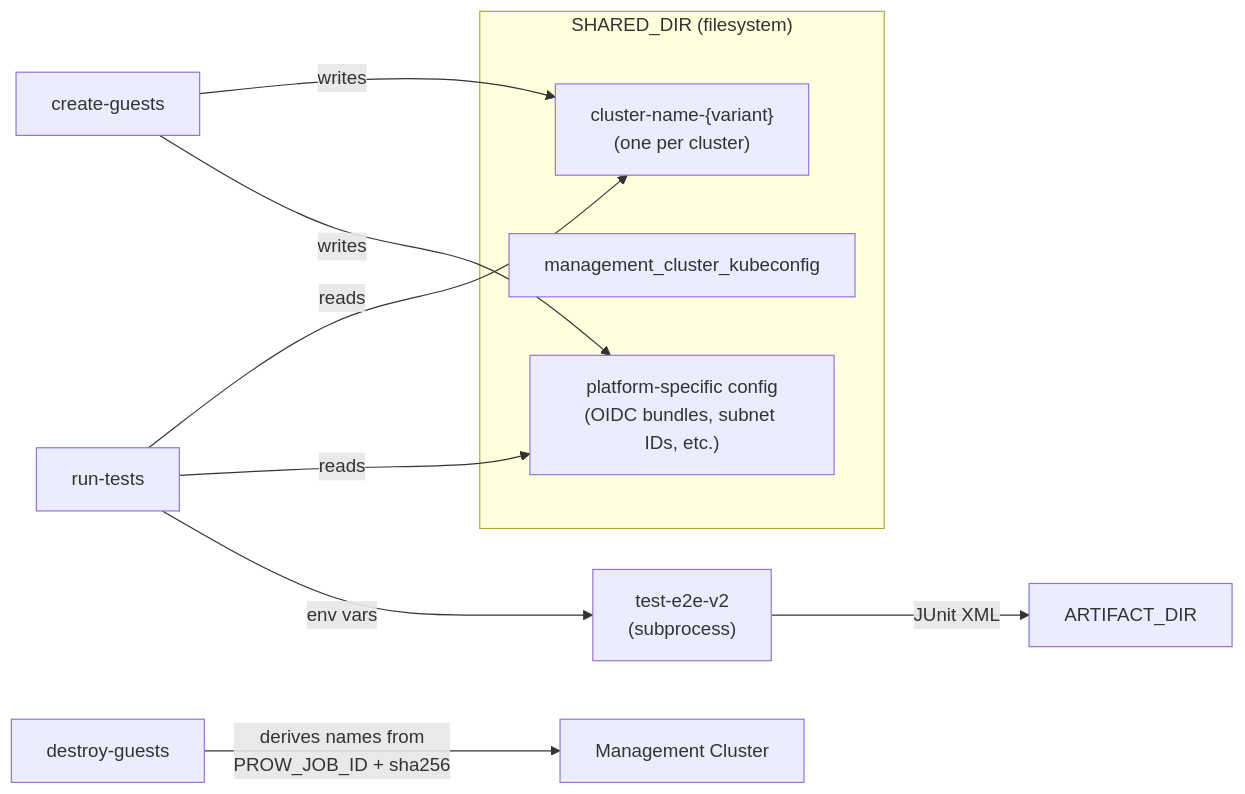
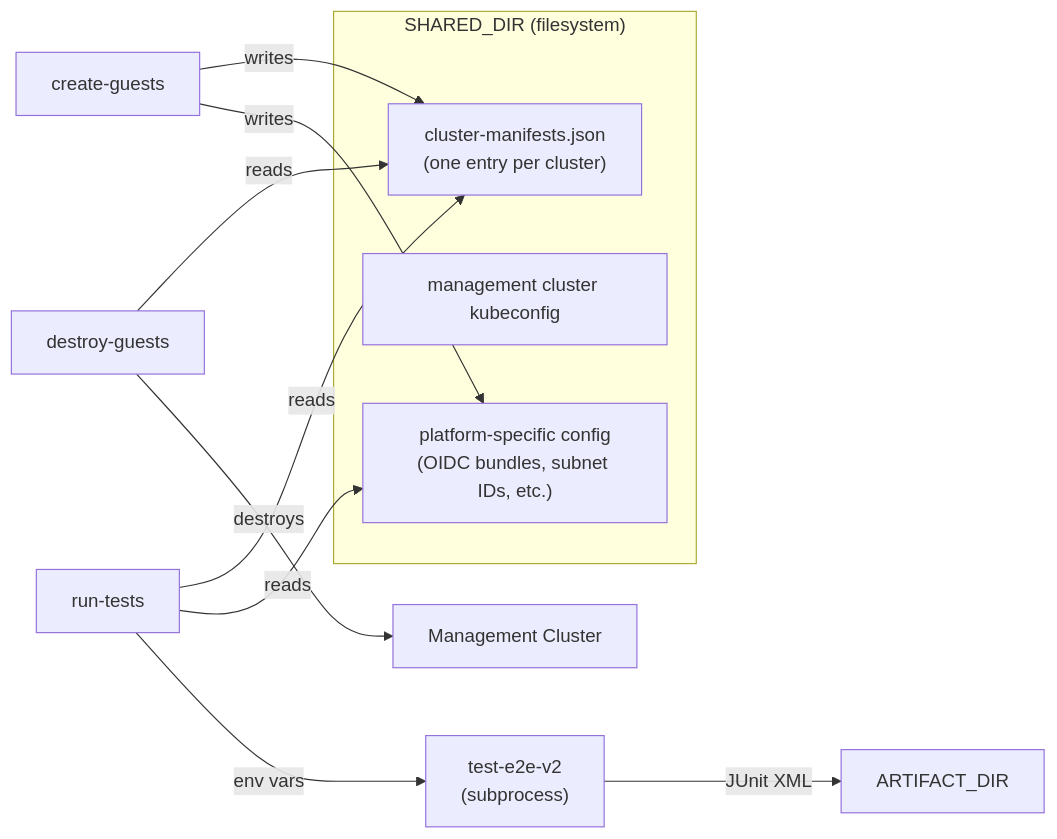
The fourth of 4 diagrams in docs/content/how-to/ci/v2-testing/test-flow.md (openshift/hypershift), drawn with Mermaid before and after one commit. The commit also changed other lines of this file and 1 other file, not shown here.

First line of the commit message:
docs(v2-testing): sync multi-cluster docs with the merged release chains

````diff
--- a/docs/content/how-to/ci/v2-testing/test-flow.md
+++ b/docs/content/how-to/ci/v2-testing/test-flow.md
@@ -376,19 +376,20 @@
 ```mermaid
 flowchart LR
     subgraph "SHARED_DIR (filesystem)"
-        F1["cluster-name-{variant}<br/>(one per cluster)"]
-        F2["management_cluster_kubeconfig"]
+        F1["cluster-manifests.json<br/>(one entry per cluster)"]
+        F2["management cluster kubeconfig"]
         F3["platform-specific config<br/>(OIDC bundles, subnet IDs, etc.)"]
     end
 
     CG["create-guests"] -->|"writes"| F1
     CG -->|"writes"| F3
 
     RT["run-tests"] -->|"reads"| F1
     RT -->|"reads"| F3
     RT -->|"env vars"| TB["test-e2e-v2<br/>(subprocess)"]
     TB -->|"JUnit XML"| AD["ARTIFACT_DIR"]
 
-    DG["destroy-guests"] -->|"derives names from<br/>PROW_JOB_ID + sha256"| MC["Management Cluster"]
+    DG["destroy-guests"] -->|"reads"| F1
+    DG -->|"destroys"| MC["Management Cluster"]
 
 ```
````
